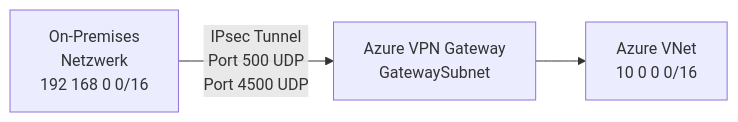
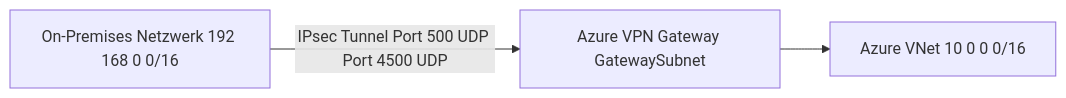
The first of 7 diagrams in Microsoft 365/Azure/Netzwerk/Azure VPN Gateway.md (SoniiiT/notes-n-docs), drawn with Mermaid before and after one commit. The commit also changed other lines of this file and 124 other files, not shown here.

First line of the commit message:
fix: Entferne \n aus allen Mermaid-Diagrammen (125 Dateien)

````diff
--- a/Microsoft 365/Azure/Netzwerk/Azure VPN Gateway.md
+++ b/Microsoft 365/Azure/Netzwerk/Azure VPN Gateway.md
@@ -30,5 +30,5 @@
 ```mermaid
 graph LR
-    ONPREM[On-Premises\nNetzwerk\n192 168 0 0/16] -->|IPsec Tunnel\nPort 500 UDP\nPort 4500 UDP| VPNGW[Azure VPN Gateway\nGatewaySubnet]
-    VPNGW --> VNET[Azure VNet\n10 0 0 0/16]
+    ONPREM[On-Premises Netzwerk 192 168 0 0/16] -->|IPsec Tunnel Port 500 UDP Port 4500 UDP| VPNGW[Azure VPN Gateway GatewaySubnet]
+    VPNGW --> VNET[Azure VNet 10 0 0 0/16]
 ```
````
